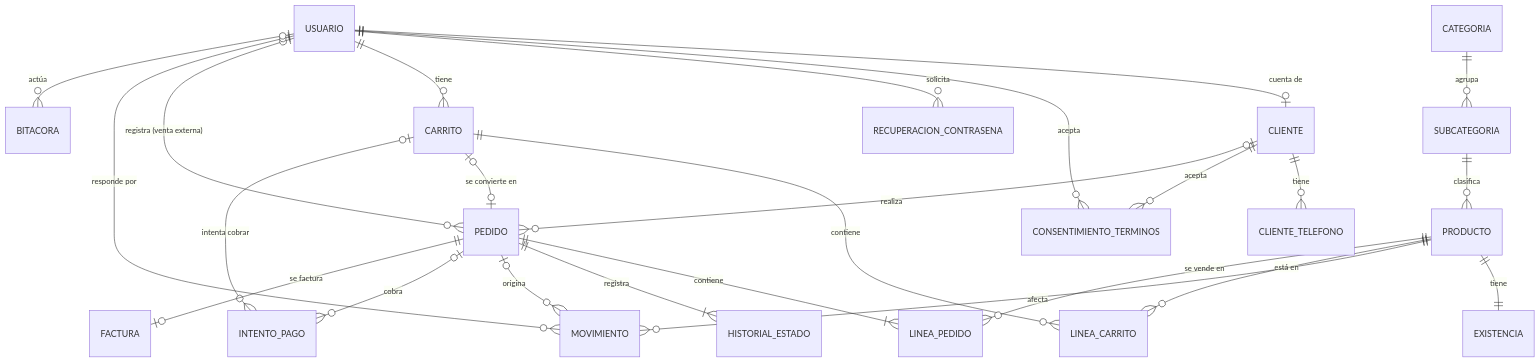
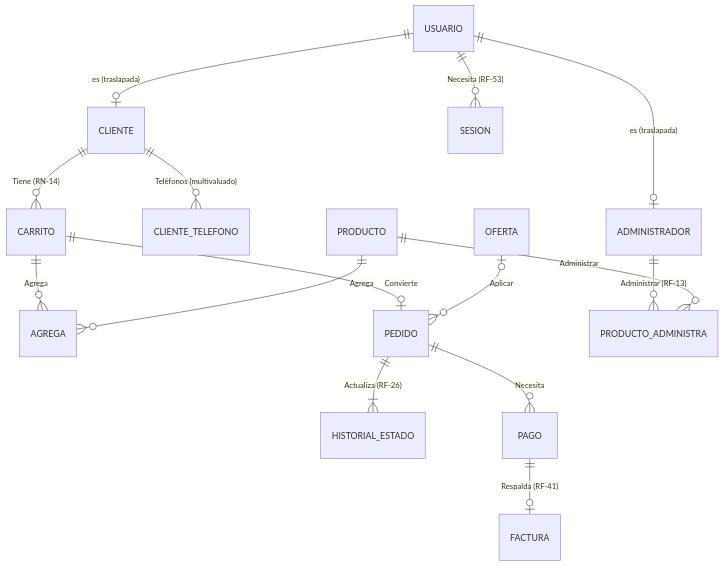
One commit to juanselospi/21CoPilots_PIBasesIngesoft changed the diagram in documentos/diseño/modelo-datos.md. Above: the diagram before and after it, drawn with Mermaid. The commit also changed other lines of this file and 5 other files, not shown here.

````diff
--- a/documentos/diseño/modelo-datos.md
+++ b/documentos/diseño/modelo-datos.md
@@ -37,27 +42,17 @@
 ```mermaid
 erDiagram
-    CATEGORIA ||--o{ SUBCATEGORIA : agrupa
-    SUBCATEGORIA ||--o{ PRODUCTO : clasifica
-    PRODUCTO ||--|| EXISTENCIA : tiene
-    PRODUCTO ||--o{ MOVIMIENTO : afecta
-    USUARIO ||--o| CLIENTE : "cuenta de"
-    CLIENTE ||--o{ CLIENTE_TELEFONO : tiene
-    CLIENTE ||--o{ CONSENTIMIENTO_TERMINOS : acepta
-    USUARIO ||--o{ CONSENTIMIENTO_TERMINOS : acepta
-    USUARIO ||--o{ RECUPERACION_CONTRASENA : solicita
-    USUARIO ||--o{ CARRITO : tiene
-    CARRITO ||--o{ LINEA_CARRITO : contiene
-    PRODUCTO ||--o{ LINEA_CARRITO : "está en"
-    CARRITO |o--o| PEDIDO : "se convierte en"
-    CLIENTE |o--o{ PEDIDO : realiza
-    USUARIO |o--o{ PEDIDO : "registra (venta externa)"
-    PEDIDO ||--|{ LINEA_PEDIDO : contiene
-    PRODUCTO ||--o{ LINEA_PEDIDO : "se vende en"
-    PEDIDO ||--|{ HISTORIAL_ESTADO : registra
-    PEDIDO |o--o{ MOVIMIENTO : origina
-    USUARIO |o--o{ MOVIMIENTO : "responde por"
-    PEDIDO |o--o{ INTENTO_PAGO : cobra
-    CARRITO |o--o{ INTENTO_PAGO : "intenta cobrar"
-    PEDIDO ||--o| FACTURA : "se factura"
-    USUARIO |o--o{ BITACORA : actúa
+    USUARIO ||--o| ADMINISTRADOR : "es (traslapada)"
+    USUARIO ||--o| CLIENTE : "es (traslapada)"
+    USUARIO ||--o{ SESION : "Necesita (RF-53)"
+    CLIENTE ||--o{ CLIENTE_TELEFONO : "Teléfonos (multivaluado)"
+    CLIENTE ||--o{ CARRITO : "Tiene (RN-14)"
+    CARRITO ||--o{ AGREGA : Agrega
+    PRODUCTO ||--o{ AGREGA : Agrega
+    CARRITO ||--o| PEDIDO : Convierte
+    OFERTA |o--o{ PEDIDO : Aplicar
+    PEDIDO ||--|{ HISTORIAL_ESTADO : "Actualiza (RF-26)"
+    PEDIDO ||--o{ PAGO : Necesita
+    PAGO ||--o| FACTURA : "Respalda (RF-41)"
+    ADMINISTRADOR ||--o{ PRODUCTO_ADMINISTRA : "Administrar (RF-13)"
+    PRODUCTO ||--o{ PRODUCTO_ADMINISTRA : Administrar
 ```
````
